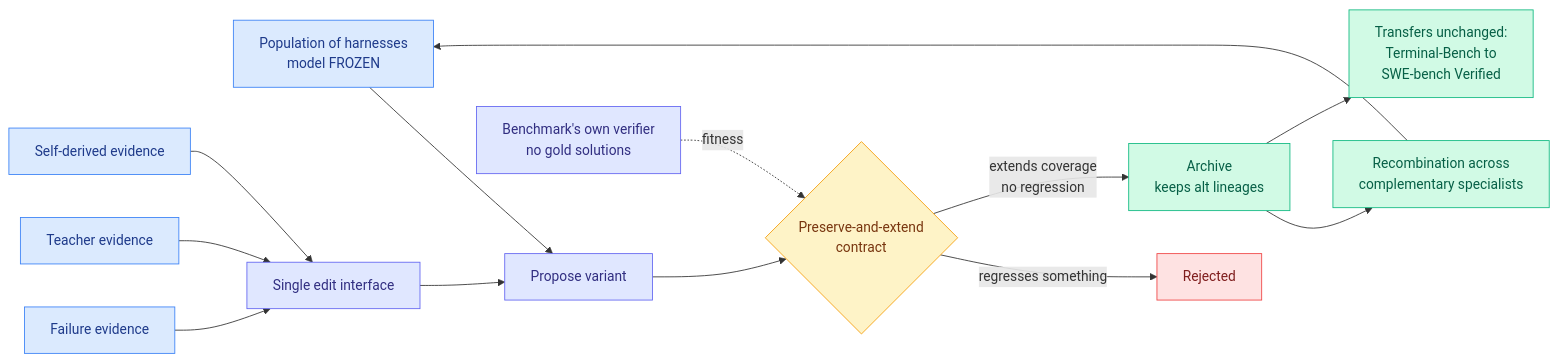
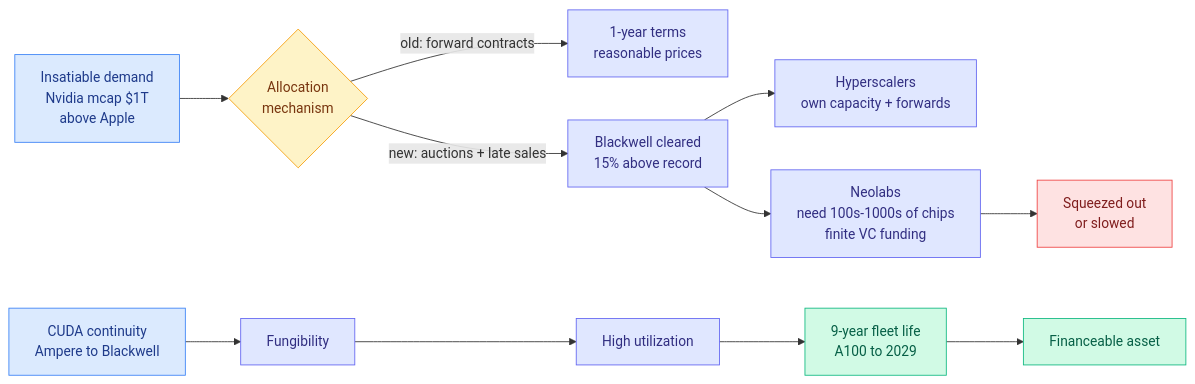
The ninth of 9 diagrams in wiki/daily-digest/2026-08/2026-08-14.md (bayesiansapien/cere-bro), drawn with Mermaid before and after one commit. The commit also changed other lines of this file and 6 other files, not shown here.

````diff
--- a/wiki/daily-digest/2026-08/2026-08-14.md
+++ b/wiki/daily-digest/2026-08/2026-08-14.md
@@ -310,25 +508,23 @@
 ```mermaid
 flowchart LR
-  POP[Population of harnesses<br/>model FROZEN] --> V[Propose variant]
-  E1[Failure evidence] --> EI[Single edit interface]
-  E2[Teacher evidence] --> EI
-  E3[Self-derived evidence] --> EI
-  EI --> V
-  V --> C{Preserve-and-extend<br/>contract}
-  C -->|regresses something| REJ[Rejected]
-  C -->|extends coverage<br/>no regression| ARC[Archive<br/>keeps alt lineages]
-  ARC --> RC[Recombination across<br/>complementary specialists]
-  RC --> POP
-  VER[Benchmark's own verifier<br/>no gold solutions] -.fitness.-> C
-  ARC --> T[Transfers unchanged:<br/>Terminal-Bench to<br/>SWE-bench Verified]
+  D[Insatiable demand<br/>Nvidia mcap $1T<br/>above Apple] --> AUC{Allocation<br/>mechanism}
+  AUC -->|old: forward contracts| CT[1-year terms<br/>reasonable prices]
+  AUC -->|new: auctions + late sales| SP[Blackwell cleared<br/>15% above record]
+  SP --> HS[Hyperscalers<br/>own capacity + forwards]
+  SP --> NL[Neolabs<br/>need 100s-1000s of chips<br/>finite VC funding]
+  NL --> SQ[Squeezed out<br/>or slowed]
+  CUDA[CUDA continuity<br/>Ampere to Blackwell] --> FU[Fungibility]
+  FU --> UT[High utilization]
+  UT --> DUR[9-year fleet life<br/>A100 to 2029]
+  DUR --> FIN[Financeable asset]
   classDef input fill:#dbeafe,stroke:#3b82f6,color:#1e3a8a
   classDef decision fill:#fef3c7,stroke:#f59e0b,color:#78350f
   classDef output fill:#d1fae5,stroke:#10b981,color:#065f46
   classDef warn fill:#fee2e2,stroke:#ef4444,color:#7f1d1d
   classDef aux fill:#e0e7ff,stroke:#6366f1,color:#312e81
-  class POP,E1,E2,E3 input
-  class C decision
-  class ARC,RC,T output
-  class REJ warn
-  class V,EI,VER aux
+  class D,CUDA input
+  class AUC decision
+  class DUR,FIN output
+  class SQ warn
+  class CT,SP,HS,NL,FU,UT aux
 ```
````
